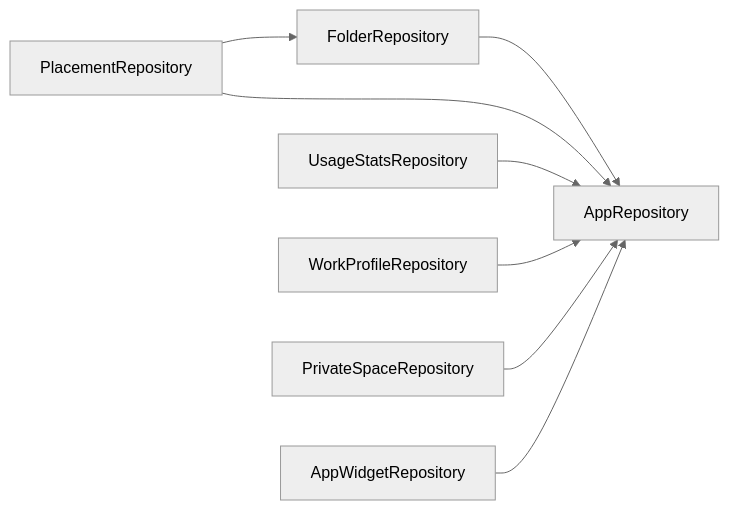
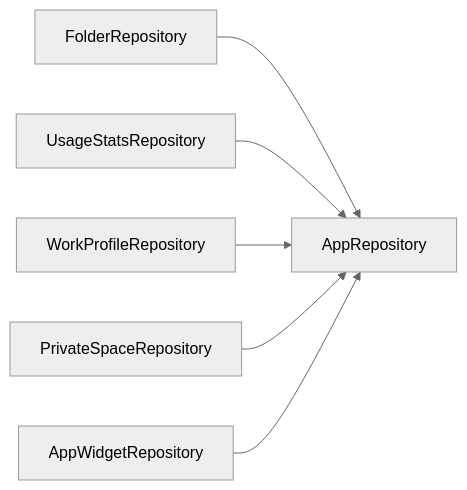
The diagram in docs/architecture/07-registries.md (rohitganjam/facet-launcher), drawn with Mermaid (neutral theme) before and after one commit. The commit also changed other lines of this file and 59 other files, not shown here.

````diff
--- a/docs/architecture/07-registries.md
+++ b/docs/architecture/07-registries.md
@@ -62,11 +62,9 @@
 ```mermaid
 flowchart LR
     AR[AppRepository]
     FOR[FolderRepository] --> AR
-    PR[PlacementRepository] --> FOR
-    PR --> AR
     USR[UsageStatsRepository] --> AR
     WPR[WorkProfileRepository] --> AR
     PSR[PrivateSpaceRepository] --> AR
     AWR[AppWidgetRepository] --> AR
 ```
````
